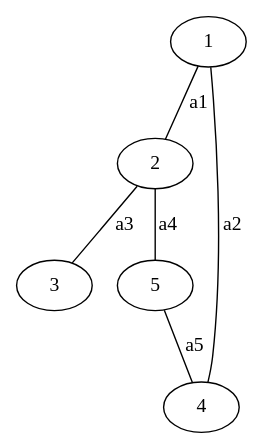
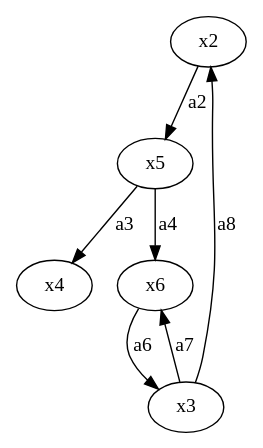
One commit to jumaciel/Grafos changed the diagram in Graph/src/os/dot/fileS.dot. Above: the diagram before and after it, drawn with Graphviz. The commit also changed 4 other files, not shown here.

```diff
--- a/Graph/src/os/dot/fileS.dot
+++ b/Graph/src/os/dot/fileS.dot
@@ -1,12 +1,13 @@
 digraph G {
-1 -> 2 [dir=none][label=a1]
-1 -> 4 [dir=none][label=a2]
-2 -> 3 [dir=none][label=a3]
-2 -> 5 [dir=none][label=a4]
-5 -> 4 [dir=none][label=a5]
-1;
-2;
-3;
-4;
-5;
+x2 -> x5[label=a2]
+x5 -> x4[label=a3]
+x5 -> x6[label=a4]
+x6 -> x3[label=a6]
+x3 -> x6[label=a7]
+x3 -> x2[label=a8]
+x2;
+x3;
+x4;
+x5;
+x6;
 }
```
